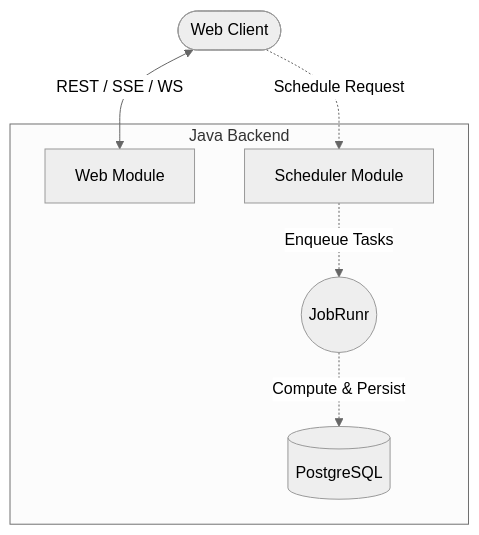
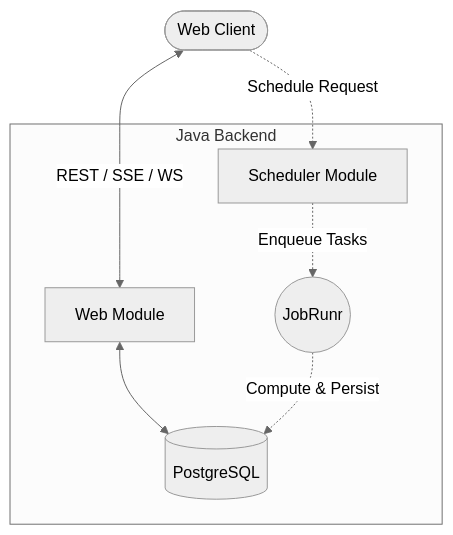
One commit to mangila/fibonacci changed the diagram in java/README.md. Above: the diagram before and after it, drawn with Mermaid (neutral theme).

Commit message:
Update README.md with new architecture diagram

````diff
--- a/java/README.md
+++ b/java/README.md
@@ -22,14 +22,15 @@
 ```mermaid
 graph TD
     subgraph "Java Backend"
         Web[Web Module]
         Scheduler[Scheduler Module]
         DB[(PostgreSQL)]
         JobRunr((JobRunr))
     end
 
     User([Web Client]) <-->|REST / SSE / WS| Web
+    Web <--> DB
     User([Web Client]) -.->|Schedule Request| Scheduler
     Scheduler -.->|Enqueue Tasks| JobRunr
     JobRunr -.->|Compute & Persist| DB
 ```
````
